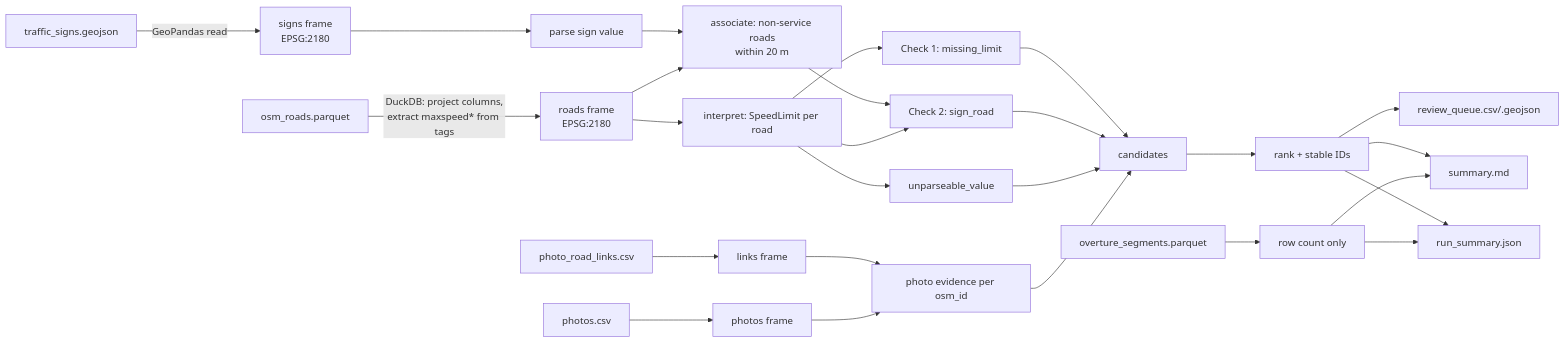
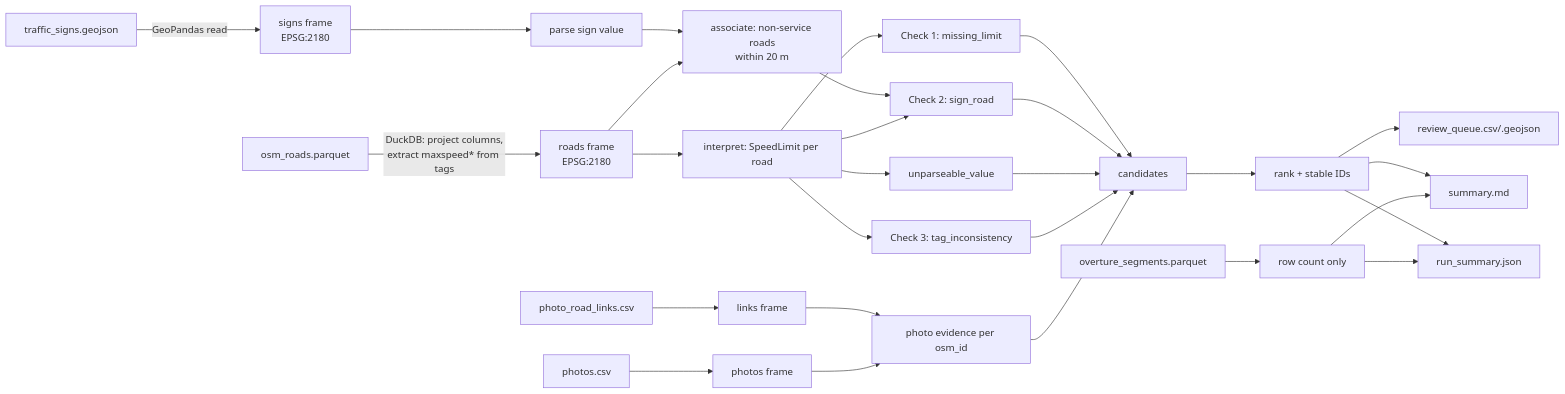
Before and after one commit to monikabialobrzeska/szkolenie_dodatkowe: the second of 6 diagrams in docs/ADR/000-main-architecture.md, drawn with Mermaid. The commit also changed other lines of this file and 4 other files, not shown here.

````diff
--- a/docs/ADR/000-main-architecture.md
+++ b/docs/ADR/000-main-architecture.md
@@ -352,24 +361,25 @@
 ```mermaid
 flowchart LR
     A[osm_roads.parquet] -->|DuckDB: project columns,<br/>extract maxspeed* from tags| A1[roads frame<br/>EPSG:2180]
     B[traffic_signs.geojson] -->|GeoPandas read| B1[signs frame<br/>EPSG:2180]
     C[photo_road_links.csv] --> C1[links frame]
     D[photos.csv] --> D1[photos frame]
     E[overture_segments.parquet] --> E1[row count only]
     A1 --> I[interpret: SpeedLimit per road]
     I --> K1[Check 1: missing_limit]
     I --> K3[unparseable_value]
+    I --> K4[Check 3: tag_inconsistency]
     B1 --> P[parse sign value]
     P --> S[associate: non-service roads<br/>within 20 m]
     A1 --> S
     S --> K2[Check 2: sign_road]
     I --> K2
-    K1 & K2 & K3 --> CAND[candidates]
+    K1 & K2 & K3 & K4 --> CAND[candidates]
     C1 & D1 --> EV[photo evidence per osm_id]
     EV --> CAND
     CAND --> R[rank + stable IDs]
     R --> O1[review_queue.csv/.geojson]
     R --> O2[summary.md]
     R --> O3[run_summary.json]
     E1 --> O2 & O3
 ```
````
